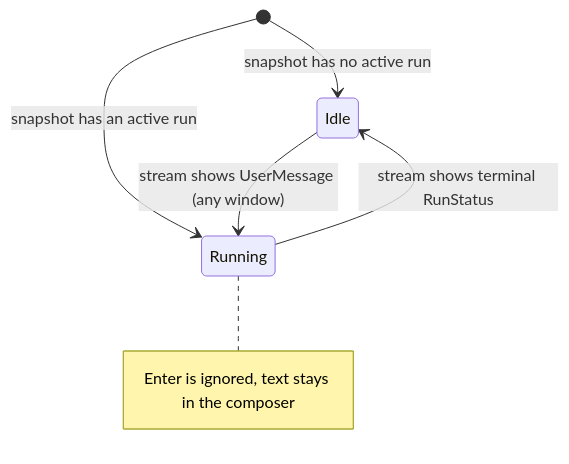
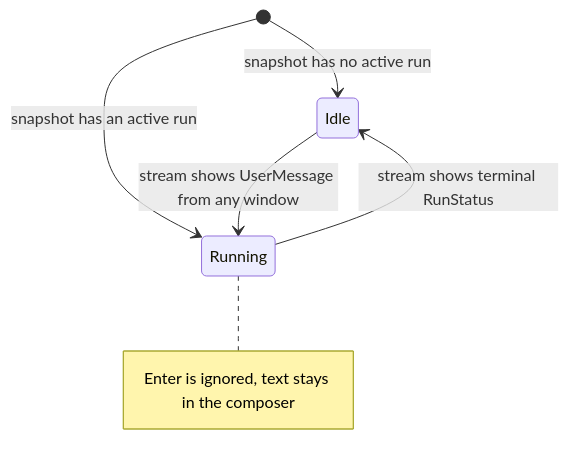
Diagram 11 of 23 in docs/design/how-conversations-work.md (katasec/mission-control-language), drawn with Mermaid before and after one commit. The commit also changed other lines of this file and 2 other files, not shown here.

````diff
--- a/docs/design/how-conversations-work.md
+++ b/docs/design/how-conversations-work.md
@@ -317,8 +343,10 @@
 ```mermaid
 stateDiagram-v2
   [*] --> Idle: snapshot has no active run
   [*] --> Running: snapshot has an active run
-  Idle --> Running: stream shows UserMessage (any window)
+  Idle --> Running: stream shows UserMessage from any window
   Running --> Idle: stream shows terminal RunStatus
-  note right of Running: Enter is ignored, text stays in the composer
+  note right of Running
+    Enter is ignored, text stays in the composer
+  end note
 ```
````
